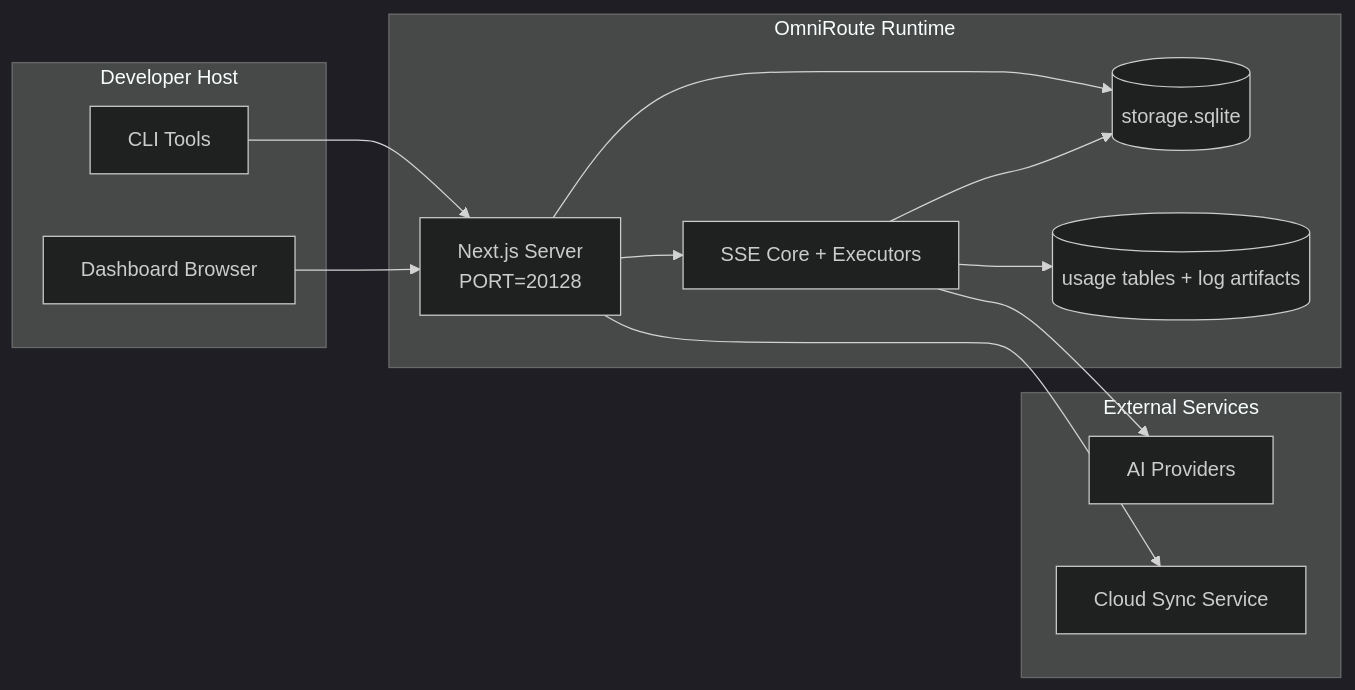
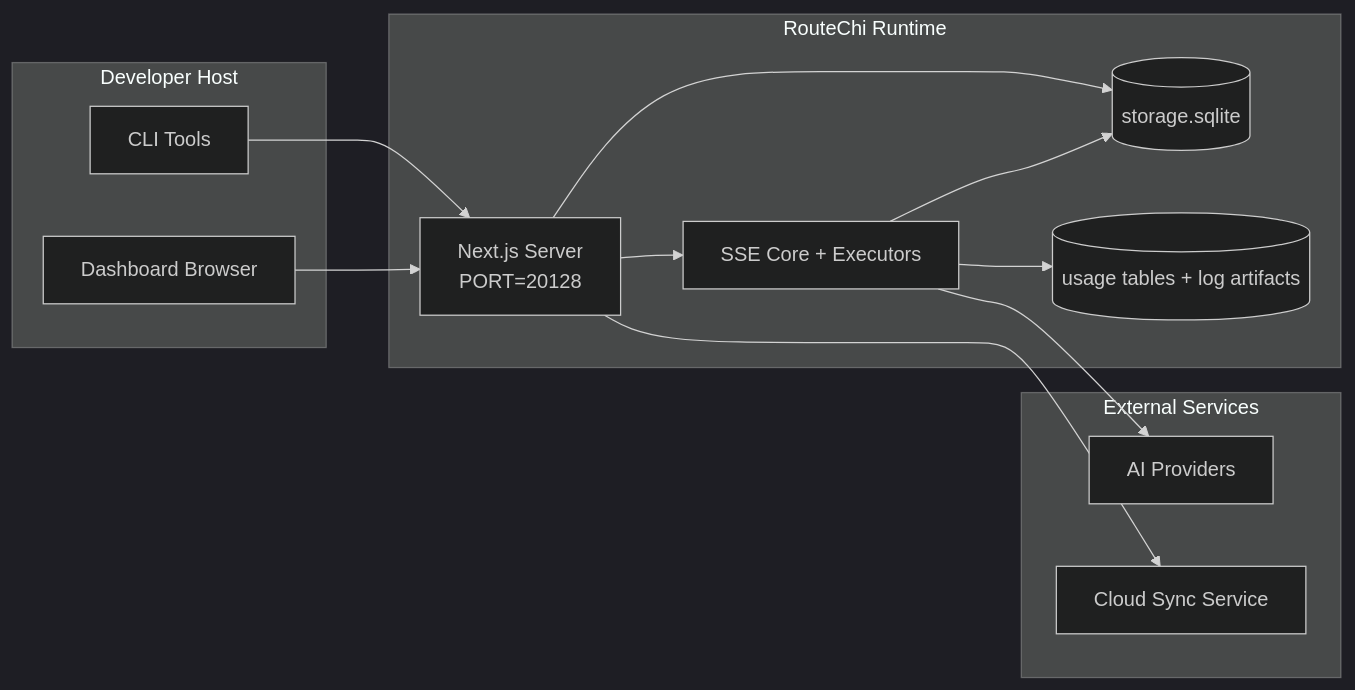
The seventh of 7 diagrams in docs/architecture/ARCHITECTURE.md (hooshidev3/OmniRoute), drawn with Mermaid (dark theme) before and after one commit. The commit also changed other lines of this file and 2079 other files, not shown here.

First line of the commit message:
feat(brand): rename all display strings OmniRoute → RouteChi (front-end + i18n + docs)

````diff
--- a/docs/architecture/ARCHITECTURE.md
+++ b/docs/architecture/ARCHITECTURE.md
@@ -810,28 +810,28 @@
 ```mermaid
 flowchart LR
     subgraph LocalHost[Developer Host]
         CLI[CLI Tools]
         Browser[Dashboard Browser]
     end
 
-    subgraph ContainerOrProcess[OmniRoute Runtime]
+    subgraph ContainerOrProcess[RouteChi Runtime]
         Next[Next.js Server\nPORT=20128]
         Core[SSE Core + Executors]
         MainDB[(storage.sqlite)]
         UsageDB[(usage tables + log artifacts)]
     end
 
     subgraph External[External Services]
         Providers[AI Providers]
         SyncCloud[Cloud Sync Service]
     end
 
     CLI --> Next
     Browser --> Next
     Next --> Core
     Next --> MainDB
     Core --> MainDB
     Core --> UsageDB
     Core --> Providers
     Next --> SyncCloud
 ```
````
